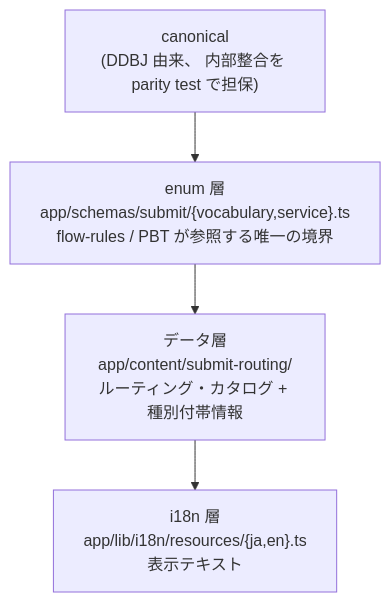
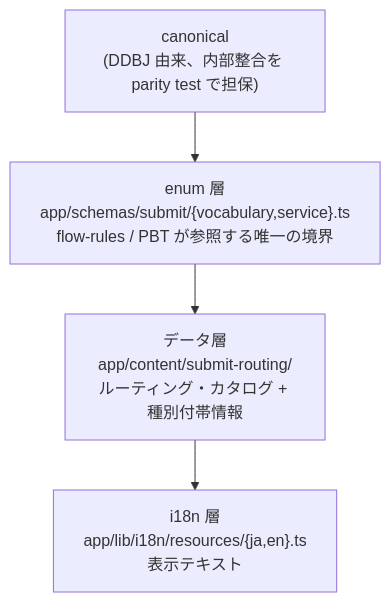
One commit to ddbj/db-portal changed the third of 4 diagrams in docs/submit.md. Above: the diagram before and after it, drawn with Mermaid. The commit also changed other lines of this file and 15 other files, not shown here.

````diff
--- a/docs/submit.md
+++ b/docs/submit.md
@@ -139,8 +139,8 @@
 ```mermaid
 flowchart TD
-  Canon["canonical<br/>(DDBJ 由来、 内部整合を parity test で担保)"]
+  Canon["canonical<br/>(DDBJ 由来、内部整合を parity test で担保)"]
   Enum["enum 層<br/>app/schemas/submit/{vocabulary,service}.ts<br/>flow-rules / PBT が参照する唯一の境界"]
   Data["データ層<br/>app/content/submit-routing/<br/>ルーティング・カタログ + 種別付帯情報"]
   I18n["i18n 層<br/>app/lib/i18n/resources/{ja,en}.ts<br/>表示テキスト"]
   Canon --> Enum --> Data --> I18n
 ```
````
